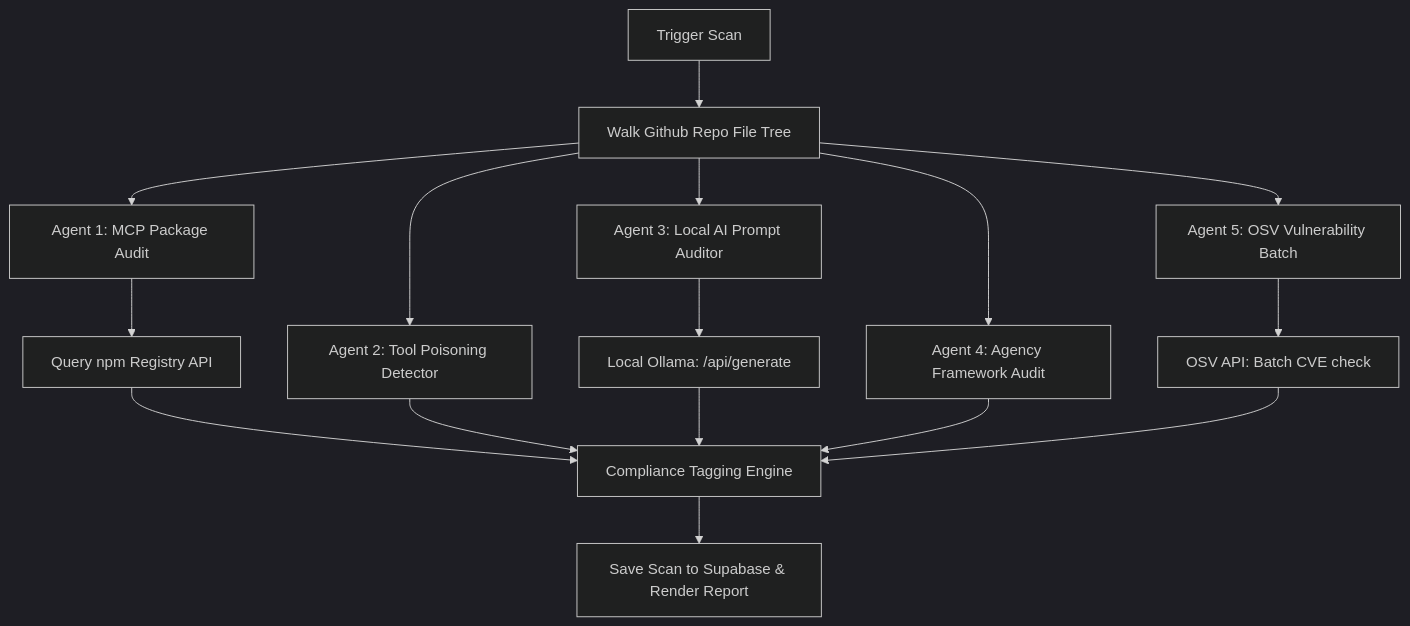
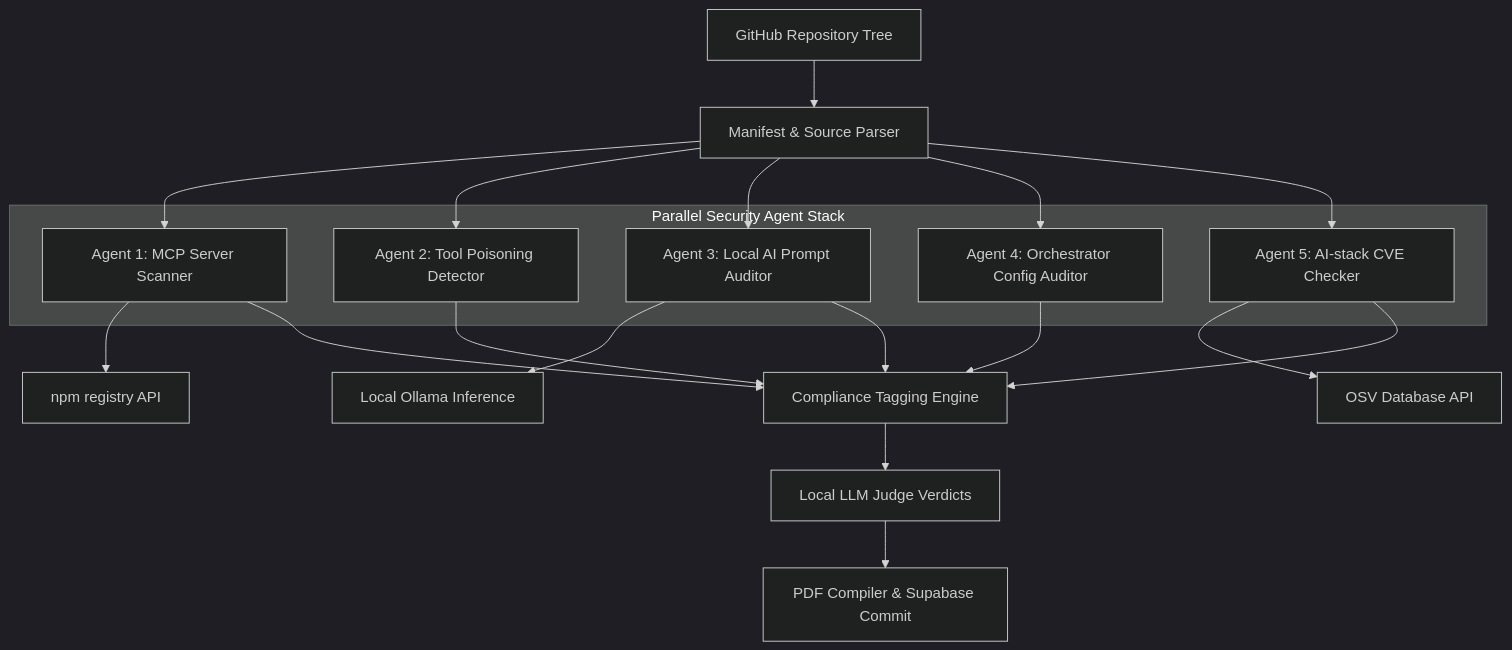
One commit to ritvikindupuri/Ward---MCP-Auditior changed the second of 2 diagrams in docs/TECHNICAL_DOCUMENTATION.md. Above: the diagram before and after it, drawn with Mermaid (dark theme). The commit also changed other lines of this file, not shown here.

Commit message:
docs: finalize TECHNICAL_DOCUMENTATION with author, TOC, executive summary, separate architectures, and conclusion

````diff
--- a/docs/TECHNICAL_DOCUMENTATION.md
+++ b/docs/TECHNICAL_DOCUMENTATION.md
@@ -28,16 +74,22 @@
 ```mermaid
-flowchart TD
-    Start[Trigger Scan] --> Tree[Walk Github Repo File Tree]
-    Tree --> A1[Agent 1: MCP Package Audit]
-    Tree --> A2[Agent 2: Tool Poisoning Detector]
-    Tree --> A3[Agent 3: Local AI Prompt Auditor]
-    Tree --> A4[Agent 4: Agency Framework Audit]
-    Tree --> A5[Agent 5: OSV Vulnerability Batch]
+graph TD
+    Repo[GitHub Repository Tree] --> Parser[Manifest & Source Parser]
     
-    A1 --> npm[Query npm Registry API]
-    A3 --> ollama[Local Ollama: /api/generate]
-    A5 --> osv[OSV API: Batch CVE check]
+    subgraph Parallel Security Agent Stack
+        A1[Agent 1: MCP Server Scanner]
+        A2[Agent 2: Tool Poisoning Detector]
+        A3[Agent 3: Local AI Prompt Auditor]
+        A4[Agent 4: Orchestrator Config Auditor]
+        A5[Agent 5: AI-stack CVE Checker]
+    end
     
-    npm & A2 & ollama & A4 & osv --> Comp[Compliance Tagging Engine]
-    Comp --> End[Save Scan to Supabase & Render Report]
+    Parser --> A1 & A2 & A3 & A4 & A5
+    
+    A1 --> npm[npm registry API]
+    A3 --> Ollama[Local Ollama Inference]
+    A5 --> OSV[OSV Database API]
+    
+    A1 & A2 & A3 & A4 & A5 --> Comp[Compliance Tagging Engine]
+    Comp --> Judge[Local LLM Judge Verdicts]
+    Judge --> Report[PDF Compiler & Supabase Commit]
 ```
````
